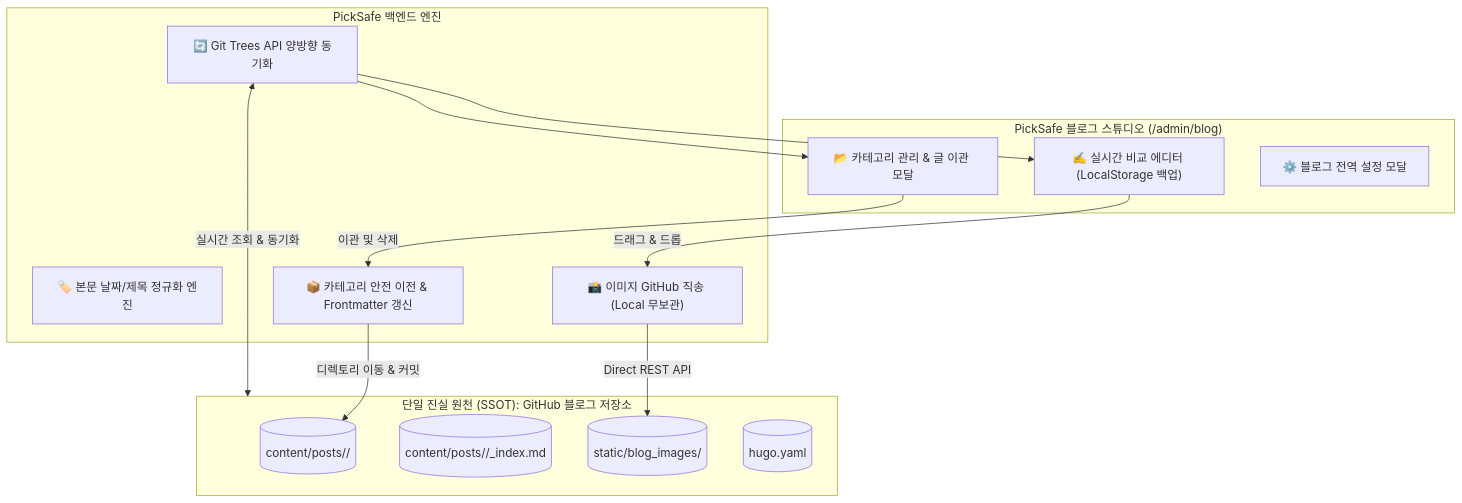
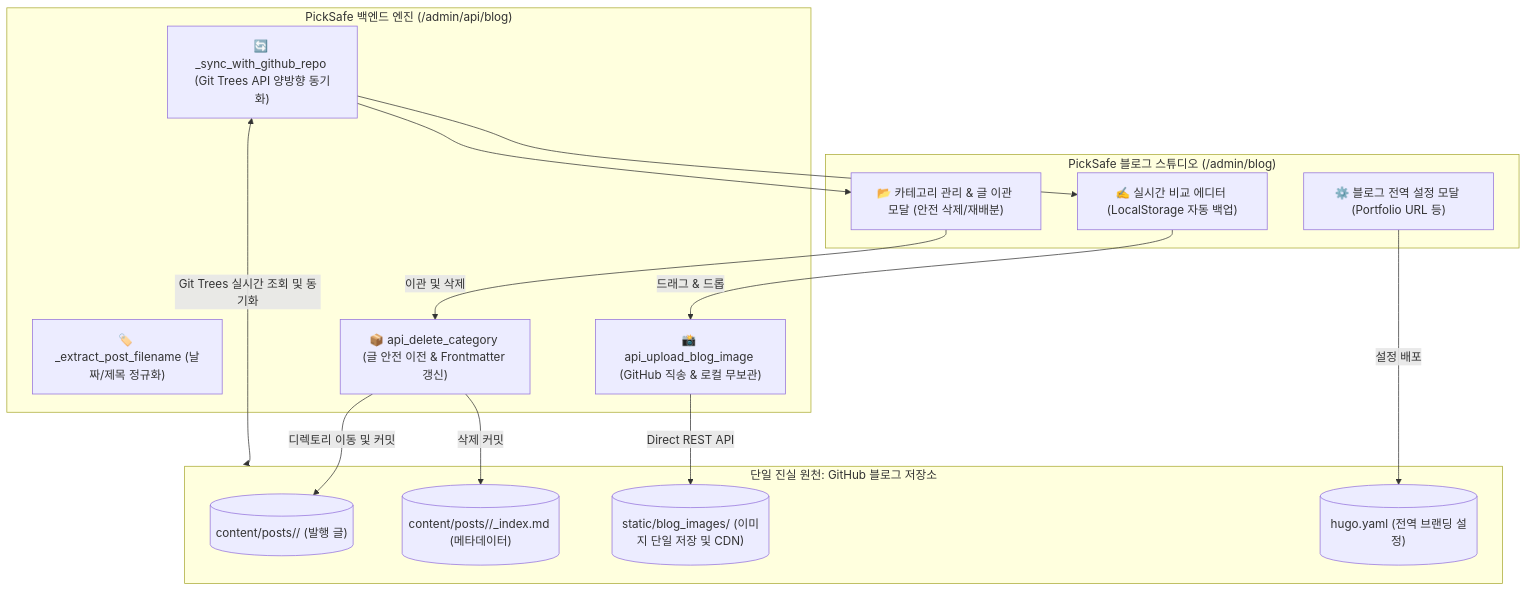
The diagram in content/posts/picksafe/2026-08-31-블로그-스튜디오-양방향-동기화-SSOT-이미지-파이프라인-및-카테고리-생애주기-아키텍처.md (daniel-dataflow/daniel-dataflow.github.io), drawn with Mermaid before and after one commit. The commit also changed other lines of this file and 62 other files, not shown here.

Commit message:
Auto Post: PickSafe 의사결정 일지 업데이트

````diff
--- a/content/posts/picksafe/2026-08-31-블로그-스튜디오-양방향-동기화-SSOT-이미지-파이프라인-및-카테고리-생애주기-아키텍처.md
+++ b/content/posts/picksafe/2026-08-31-블로그-스튜디오-양방향-동기화-SSOT-이미지-파이프라인-및-카테고리-생애주기-아키텍처.md
@@ -42,30 +41,32 @@
 ```mermaid
 flowchart TD
     subgraph PickSafe_Studio ["PickSafe 블로그 스튜디오 (/admin/blog)"]
-        UI_EDITOR["✍️ 실시간 비교 에디터 (LocalStorage 백업)"]
-        UI_CAT["📂 카테고리 관리 & 글 이관 모달"]
-        UI_SET["⚙️ 블로그 전역 설정 모달"]
+        UI_EDITOR["✍️ 실시간 비교 에디터 (LocalStorage 자동 백업)"]
+        UI_CAT["📂 카테고리 관리 & 글 이관 모달 (안전 삭제/재배분)"]
+        UI_SET["⚙️ 블로그 전역 설정 모달 (Portfolio URL 등)"]
     end
 
-    subgraph Backend_Engine ["PickSafe 백엔드 엔진"]
-        SYNC["🔄 Git Trees API 양방향 동기화"]
-        PARSE["🏷️ 본문 날짜/제목 정규화 엔진"]
-        IMG_DIR["📸 이미지 GitHub 직송 (Local 무보관)"]
-        MIGRATE["📦 카테고리 안전 이전 & Frontmatter 갱신"]
+    subgraph Backend_Engine ["PickSafe 백엔드 엔진 (/admin/api/blog)"]
+        SYNC["🔄 _sync_with_github_repo (Git Trees API 양방향 동기화)"]
+        PARSE["🏷️ _extract_post_filename (날짜/제목 정규화)"]
+        IMG_DIR["📸 api_upload_blog_image (GitHub 직송 & 로컬 무보관)"]
+        MIGRATE["📦 api_delete_category (글 안전 이전 & Frontmatter 갱신)"]
     end
 
-    subgraph GitHub_Repo ["단일 진실 원천 (SSOT): GitHub 블로그 저장소"]
-        GH_POSTS[("content/posts/<category>/")]
-        GH_INDEX[("content/posts/<category>/_index.md")]
-        GH_IMG[("static/blog_images/")]
-        GH_CONFIG[("hugo.yaml")]
+    subgraph GitHub_Repo ["단일 진실 원천: GitHub 블로그 저장소"]
+        GH_POSTS[("content/posts/<category>/ (발행 글)")]
+        GH_INDEX[("content/posts/<category>/_index.md (메타데이터)")]
+        GH_IMG[("static/blog_images/ (이미지 단일 저장 및 CDN)")]
+        GH_CONFIG[("hugo.yaml (전역 브랜딩 설정)")]
     end
 
     UI_EDITOR -->|드래그 & 드롭| IMG_DIR
     IMG_DIR -->|Direct REST API| GH_IMG
     UI_CAT -->|이관 및 삭제| MIGRATE
-    MIGRATE -->|디렉토리 이동 & 커밋| GH_POSTS
-    SYNC <-->|실시간 조회 & 동기화| GitHub_Repo
+    MIGRATE -->|디렉토리 이동 및 커밋| GH_POSTS
+    MIGRATE -->|삭제 커밋| GH_INDEX
+    UI_SET -->|설정 배포| GH_CONFIG
+    SYNC <-->|Git Trees 실시간 조회 및 동기화| GitHub_Repo
     SYNC --> UI_EDITOR
     SYNC --> UI_CAT
 ```
````
